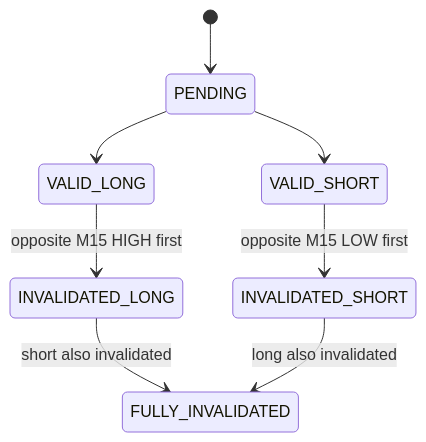
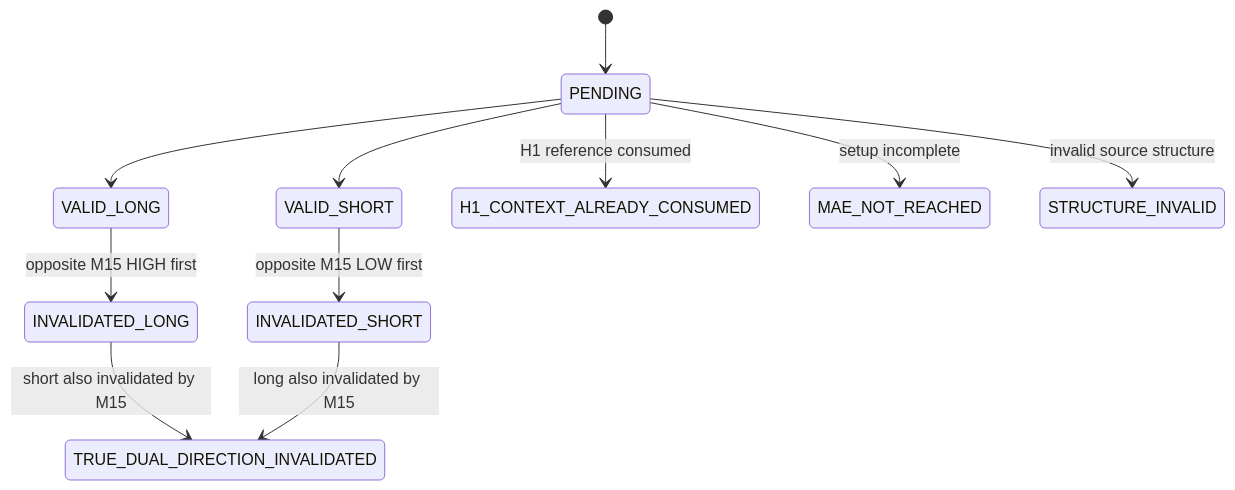
One commit to bimastudio25-star/Darzo-trade changed the diagram in docs/research/strategy_2_invalidation_state_machine.md. Above: the diagram before and after it, drawn with Mermaid. The commit also changed other lines of this file and 9 other files, not shown here.

Commit message:
Split Strategy 2 fully invalidated state taxonomy

````diff
--- a/docs/research/strategy_2_invalidation_state_machine.md
+++ b/docs/research/strategy_2_invalidation_state_machine.md
@@ -18,10 +18,13 @@
 ```mermaid
 stateDiagram-v2
   [*] --> PENDING
   PENDING --> VALID_LONG
   PENDING --> VALID_SHORT
   VALID_LONG --> INVALIDATED_LONG: opposite M15 HIGH first
   VALID_SHORT --> INVALIDATED_SHORT: opposite M15 LOW first
-  INVALIDATED_LONG --> FULLY_INVALIDATED: short also invalidated
-  INVALIDATED_SHORT --> FULLY_INVALIDATED: long also invalidated
+  INVALIDATED_LONG --> TRUE_DUAL_DIRECTION_INVALIDATED: short also invalidated by M15
+  INVALIDATED_SHORT --> TRUE_DUAL_DIRECTION_INVALIDATED: long also invalidated by M15
+  PENDING --> H1_CONTEXT_ALREADY_CONSUMED: H1 reference consumed
+  PENDING --> MAE_NOT_REACHED: setup incomplete
+  PENDING --> STRUCTURE_INVALID: invalid source structure
 ```
````
